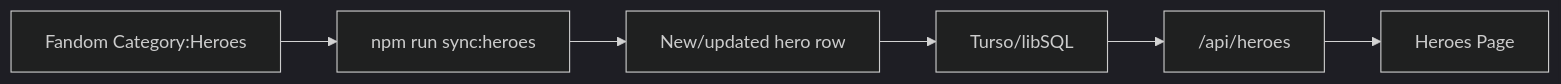
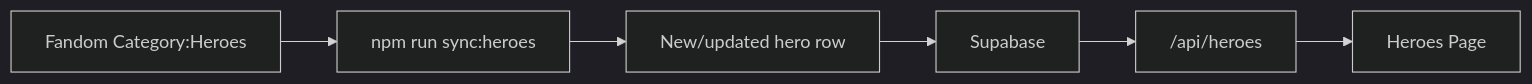
One commit to anthonyturner/rivals-pulse-web changed the seventh of 8 diagrams in docs/content-data-flow.md. Above: the diagram before and after it, drawn with Mermaid (dark theme). The commit also changed other lines of this file and 44 other files, not shown here.

````diff
--- a/docs/content-data-flow.md
+++ b/docs/content-data-flow.md
@@ -230,8 +236,8 @@
 ```mermaid
 flowchart LR
   FandomHeroes["Fandom Category:Heroes"] --> HeroSync["npm run sync:heroes"]
   HeroSync --> NewHero["New/updated hero row"]
-  NewHero --> DB["Turso/libSQL"]
+  NewHero --> DB["Supabase"]
   DB --> Api["/api/heroes"]
   Api --> Page["Heroes Page"]
 ```
````
